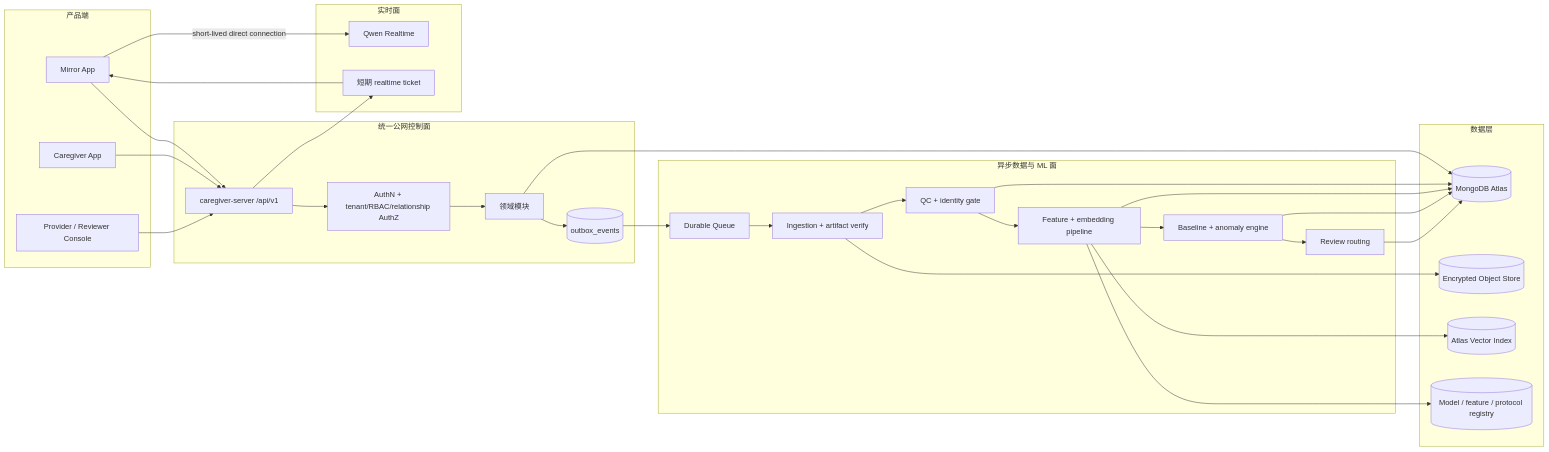
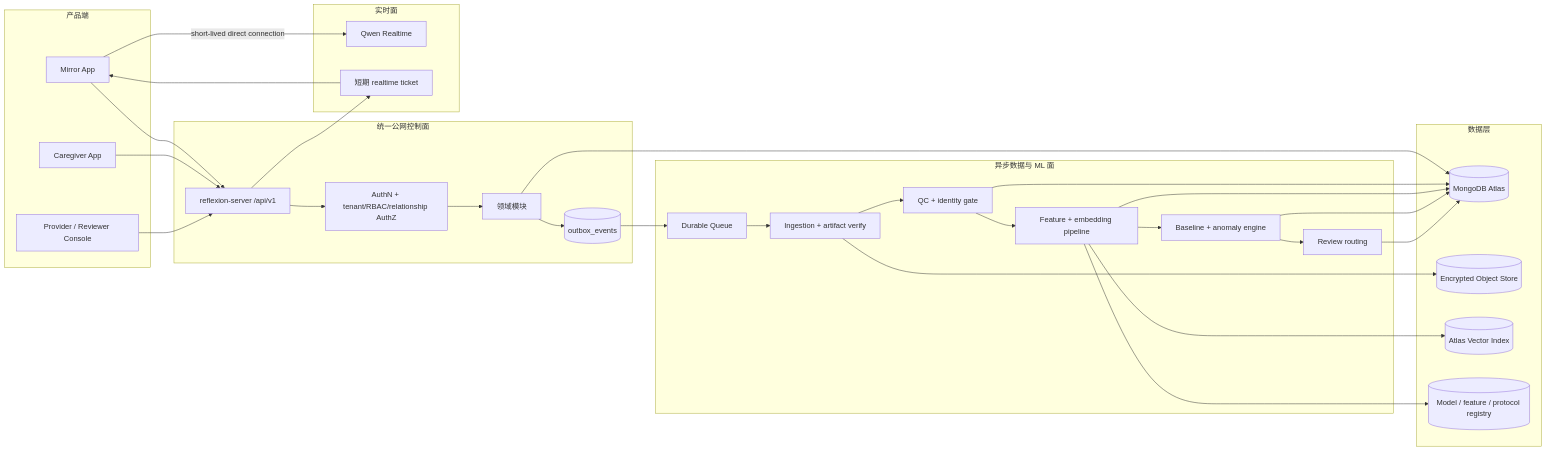
The first of 3 diagrams in docs/architecture/platform-v2-api-and-domain-architecture.md (tktonny/reflexion), drawn with Mermaid before and after one commit. The commit also changed other lines of this file and 112 other files, not shown here.

First line of the commit message:
chore: rename caregiver-server -> reflexion-server (unified backend)

````diff
--- a/docs/architecture/platform-v2-api-and-domain-architecture.md
+++ b/docs/architecture/platform-v2-api-and-domain-architecture.md
@@ -35,54 +35,54 @@
 ```mermaid
 flowchart LR
     subgraph Clients["产品端"]
       M["Mirror App"]
       C["Caregiver App"]
       P["Provider / Reviewer Console"]
     end
 
     subgraph Edge["统一公网控制面"]
-      API["caregiver-server /api/v1"]
+      API["reflexion-server /api/v1"]
       AUTH["AuthN + tenant/RBAC/relationship AuthZ"]
       MOD["领域模块"]
       OUTBOX[("outbox_events")]
     end
 
     subgraph Realtime["实时面"]
       Q["Qwen Realtime"]
       T["短期 realtime ticket"]
     end
 
     subgraph Async["异步数据与 ML 面"]
       BUS["Durable Queue"]
       ING["Ingestion + artifact verify"]
       QC["QC + identity gate"]
       FEAT["Feature + embedding pipeline"]
       LONG["Baseline + anomaly engine"]
       REV["Review routing"]
     end
 
     subgraph Stores["数据层"]
       MDB[("MongoDB Atlas")]
       OBJ[("Encrypted Object Store")]
       VEC[("Atlas Vector Index")]
       REG[("Model / feature / protocol registry")]
     end
 
     M --> API
     C --> API
     P --> API
     API --> AUTH --> MOD
     MOD --> MDB
     MOD --> OUTBOX
     API --> T --> M
     M -->|"short-lived direct connection"| Q
     OUTBOX --> BUS
     BUS --> ING --> QC --> FEAT --> LONG --> REV
     ING --> OBJ
     QC --> MDB
     FEAT --> MDB
     FEAT --> VEC
     FEAT --> REG
     LONG --> MDB
     REV --> MDB
 ```
````
